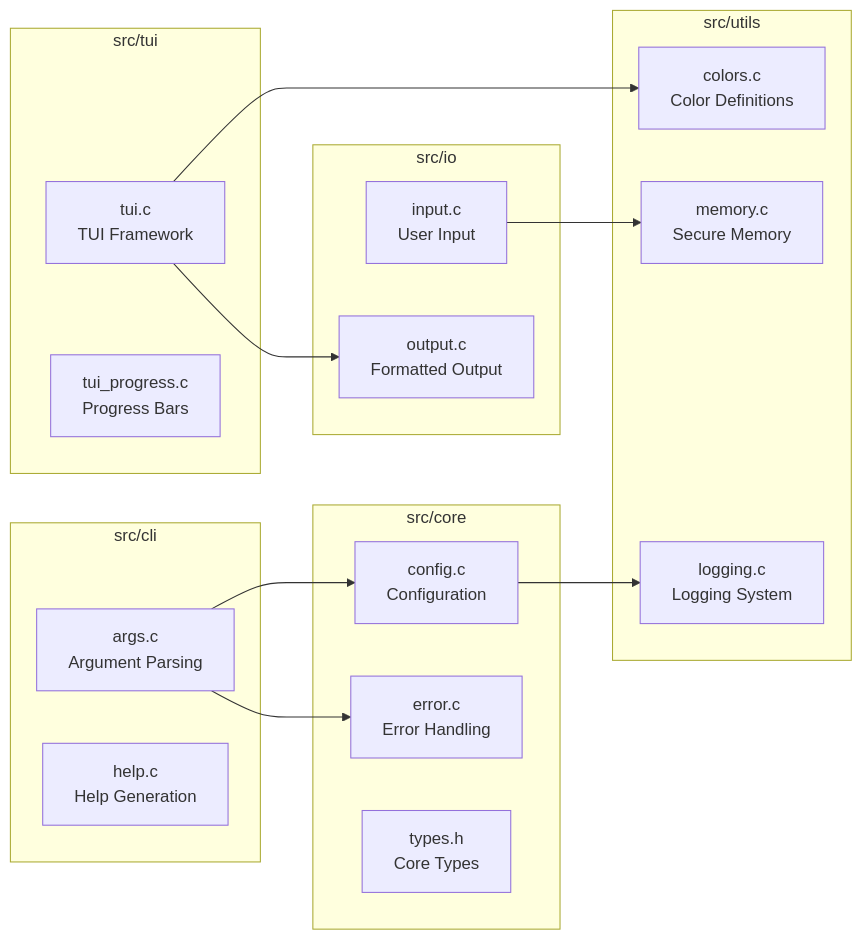
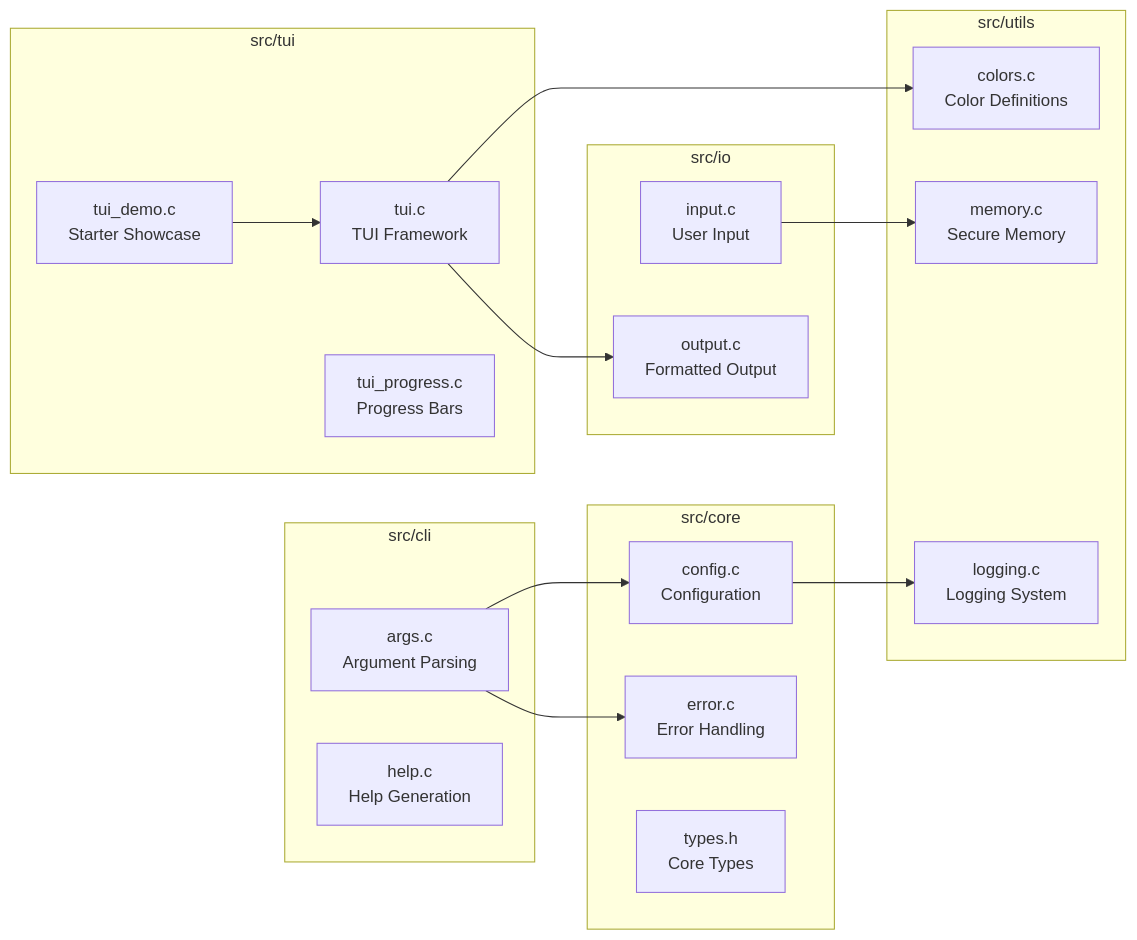
Before and after one commit to sammyjoyce/c23-cli-template: the second of 7 diagrams in docs/ARCHITECTURE.md, drawn with Mermaid. The commit also changed other lines of this file and 50 other files, not shown here.

First line of the commit message:
[codex] Refactor into C23 TUI CLI starter (#12)

````diff
--- a/docs/ARCHITECTURE.md
+++ b/docs/ARCHITECTURE.md
@@ -58,36 +58,38 @@
 ```mermaid
 graph LR
     subgraph "src/cli"
         ARGS[args.c<br/>Argument Parsing]
         HELP[help.c<br/>Help Generation]
     end
-    
+
     subgraph "src/core"
         CONFIG[config.c<br/>Configuration]
         ERROR[error.c<br/>Error Handling]
         TYPES[types.h<br/>Core Types]
     end
-    
+
     subgraph "src/io"
         INPUT[input.c<br/>User Input]
         OUTPUT[output.c<br/>Formatted Output]
     end
-    
+
     subgraph "src/tui"
         TUIDEF[tui.c<br/>TUI Framework]
+        TUIDEMO[tui_demo.c<br/>Starter Showcase]
         PROGRESS[tui_progress.c<br/>Progress Bars]
     end
-    
+
     subgraph "src/utils"
         COLORS[colors.c<br/>Color Definitions]
         LOGGING[logging.c<br/>Logging System]
         MEMORY[memory.c<br/>Secure Memory]
     end
-    
+
     ARGS --> CONFIG
     ARGS --> ERROR
     TUIDEF --> COLORS
+    TUIDEMO --> TUIDEF
     TUIDEF --> OUTPUT
     CONFIG --> LOGGING
     INPUT --> MEMORY
 ```
````
